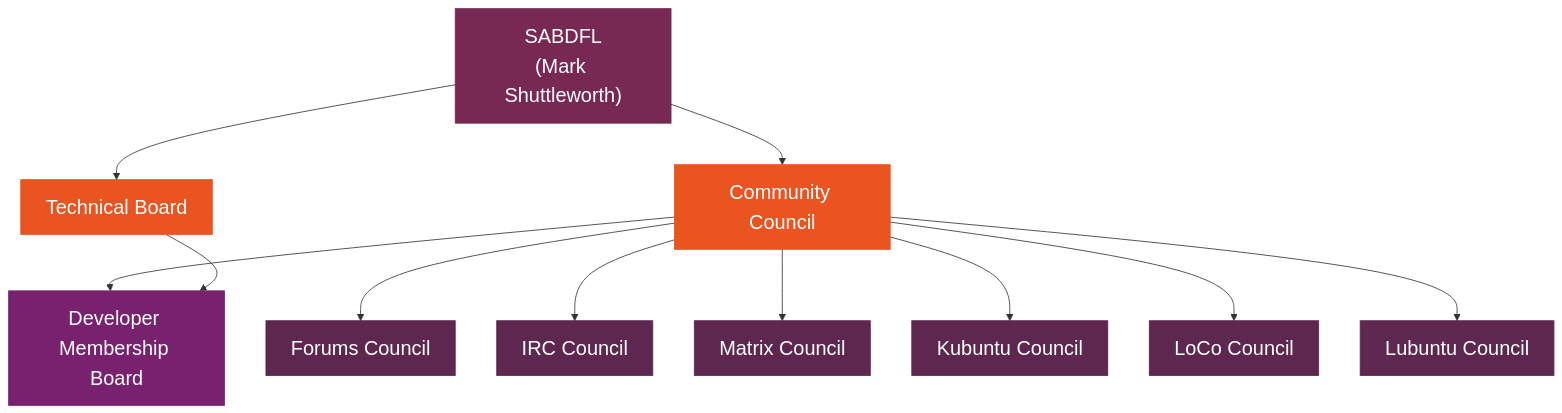
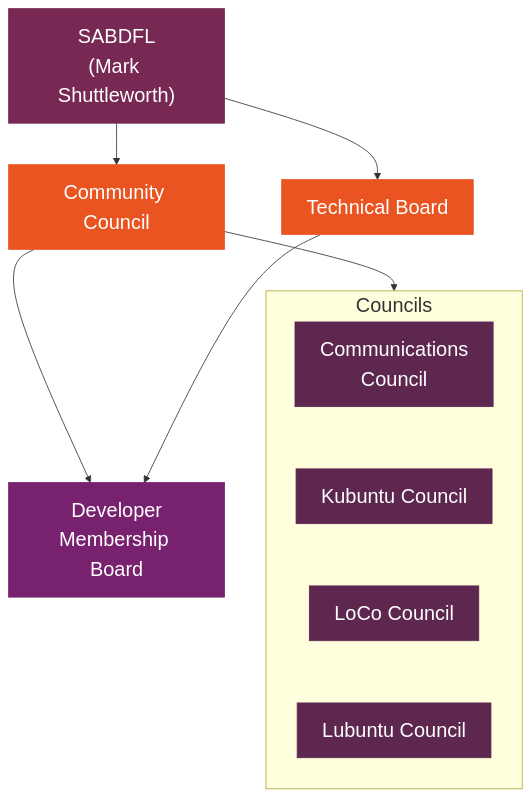
The diagram in docs/community/governance/index.md (ubuntu/ubuntu-project-docs), drawn with Mermaid before and after one commit.

Commit message:
docs: narrow governance Mermaid diagram, note council supersessions
- Stack the councils under the Community Council vertically in a
  grouped box, so the diagram is no longer too wide to read
  (feedback from msuchane).
- Replace the Forums, IRC and Matrix councils with a single
  Communications Council node: it is a merger of those
  platform-specific councils (feedback from merlijn-sebrechts).

````diff
--- a/docs/community/governance/index.md
+++ b/docs/community/governance/index.md
@@ -36,39 +36,35 @@
 ```{mermaid}
 :align: center
 %%{init: {'themeVariables': {
             'fontSize': '1.5em',
             'fontFamily': 'Ubuntu'}}}%%
 flowchart TD
     SABDFL["SABDFL<br/>(Mark Shuttleworth)"]
     CC["Community Council"]
     TB["Technical Board"]
-    DMB["Developer Membership Board"]
-    FC["Forums Council"]
-    IRCC["IRC Council"]
-    MC["Matrix Council"]
-    KC["Kubuntu Council"]
-    LCC["LoCo Council"]
-    LC["Lubuntu Council"]
+    DMB["Developer<br/>Membership Board"]
+
+    subgraph CO["Councils"]
+        direction TB
+        COMC["Communications<br/>Council"]
+        KC["Kubuntu Council"]
+        LCC["LoCo Council"]
+        LC["Lubuntu Council"]
+        COMC ~~~ KC ~~~ LCC ~~~ LC
+    end
 
     SABDFL --> CC
     SABDFL --> TB
     CC --> DMB
-    CC --> FC
-    CC --> IRCC
-    CC --> MC
-    CC --> KC
-    CC --> LCC
-    CC --> LC
     TB --> DMB
+    CC --> CO
 
     style SABDFL fill:#772953,stroke:#772953,color:#fff
     style CC fill:#E95420,stroke:#E95420,color:#fff
     style TB fill:#E95420,stroke:#E95420,color:#fff
     style DMB fill:#77216F,stroke:#77216F,color:#fff
-    style FC fill:#5E2750,stroke:#5E2750,color:#fff
-    style IRCC fill:#5E2750,stroke:#5E2750,color:#fff
-    style MC fill:#5E2750,stroke:#5E2750,color:#fff
+    style COMC fill:#5E2750,stroke:#5E2750,color:#fff
     style KC fill:#5E2750,stroke:#5E2750,color:#fff
     style LCC fill:#5E2750,stroke:#5E2750,color:#fff
     style LC fill:#5E2750,stroke:#5E2750,color:#fff
 ```
````
